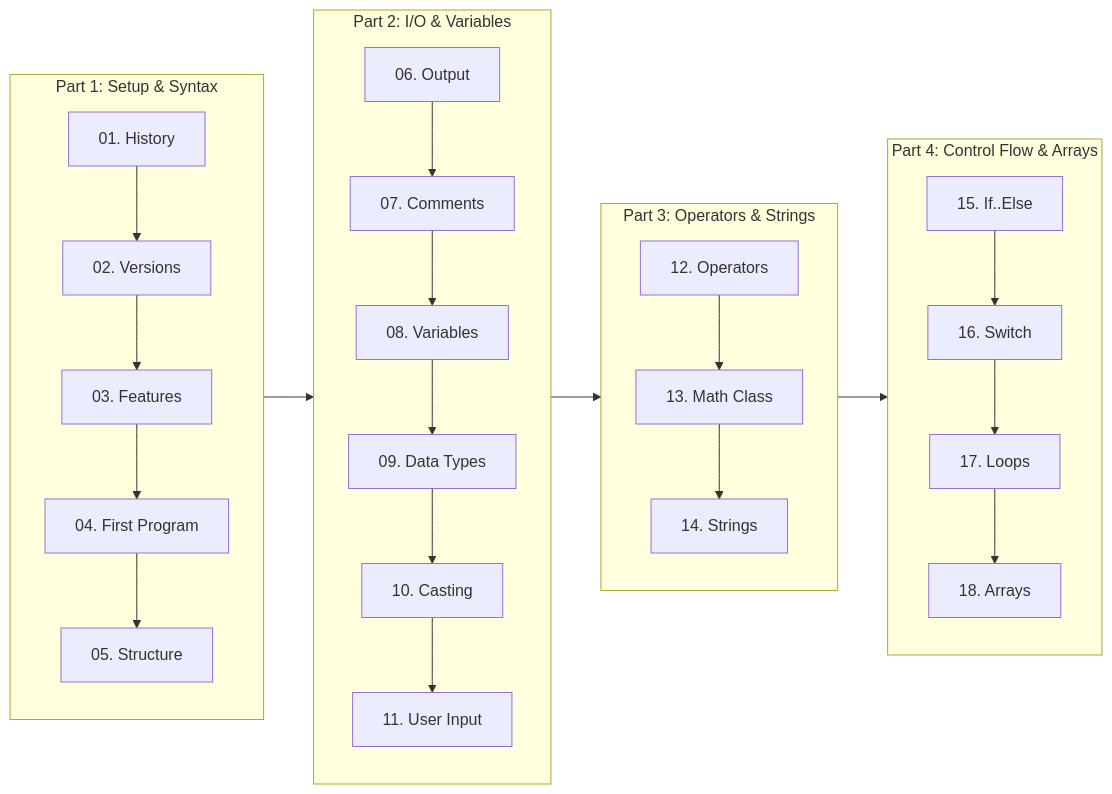
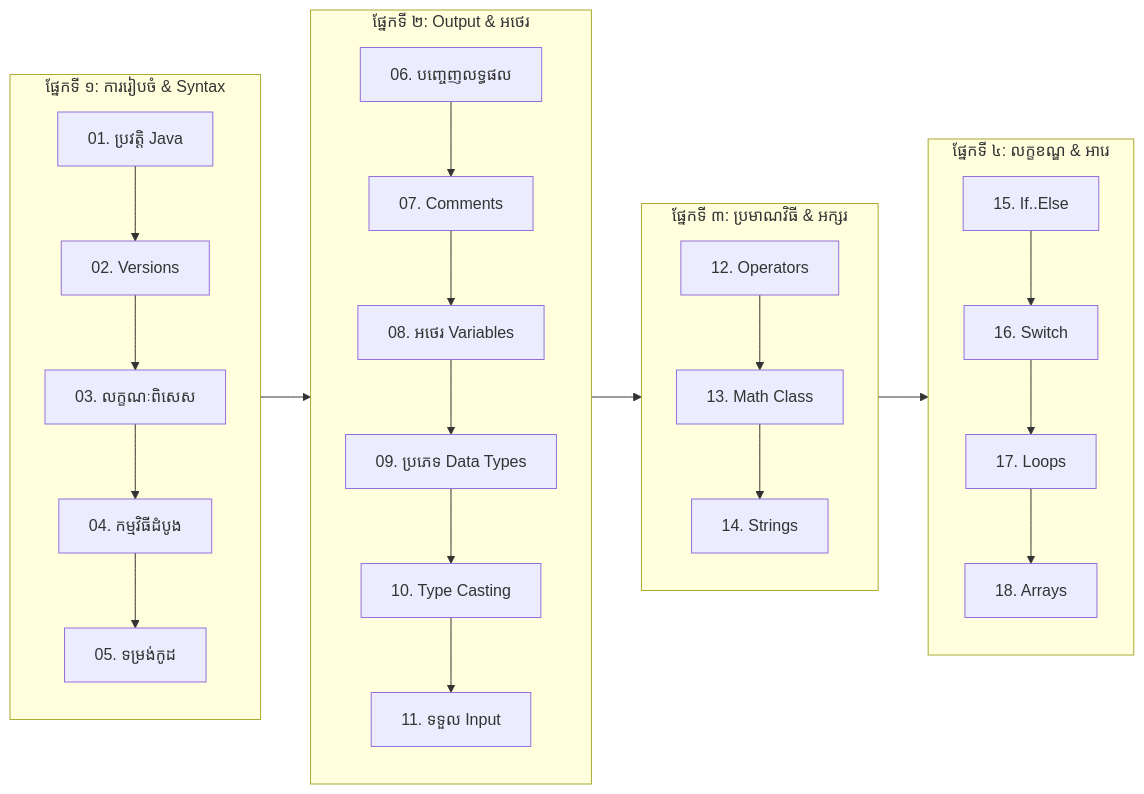
One commit to sakousa856-sketch/java-spring-for-developers-khmer changed the diagram in 01-basic-java/README.md. Above: the diagram before and after it, drawn with Mermaid. The commit also changed other lines of this file and 290 other files, not shown here.

````diff
--- a/01-basic-java/README.md
+++ b/01-basic-java/README.md
@@ -28,22 +26,23 @@
 ```mermaid
 flowchart LR
-    subgraph Part1["Part 1: Setup & Syntax"]
-        L1["01. History"] --> L2["02. Versions"] --> L3["03. Features"]
-        L3 --> L4["04. First Program"] --> L5["05. Structure"]
+    subgraph Part1["ផ្នែកទី ១: ការរៀបចំ & Syntax"]
+        L1["01. ប្រវត្តិ Java"] --> L2["02. Versions"] --> L3["03. លក្ខណៈពិសេស"]
+        L3 --> L4["04. កម្មវិធីដំបូង"] --> L5["05. ទម្រង់កូដ"]
     end
 
-    subgraph Part2["Part 2: I/O & Variables"]
-        L6["06. Output"] --> L7["07. Comments"] --> L8["08. Variables"]
-        L8 --> L9["09. Data Types"] --> L10["10. Casting"] --> L11["11. User Input"]
+    subgraph Part2["ផ្នែកទី ២: Output & អថេរ"]
+        L6["06. បញ្ចេញលទ្ធផល"] --> L7["07. Comments"] --> L8["08. អថេរ Variables"]
+        L8 --> L9["09. ប្រភេទ Data Types"] --> L10["10. Type Casting"] --> L11["11. ទទួល Input"]
     end
 
-    subgraph Part3["Part 3: Operators & Strings"]
+    subgraph Part3["ផ្នែកទី ៣: ប្រមាណវិធី & អក្សរ"]
         L12["12. Operators"] --> L13["13. Math Class"] --> L14["14. Strings"]
     end
 
-    subgraph Part4["Part 4: Control Flow & Arrays"]
+    subgraph Part4["ផ្នែកទី ៤: លក្ខខណ្ឌ & អារេ"]
         L15["15. If..Else"] --> L16["16. Switch"] --> L17["17. Loops"] --> L18["18. Arrays"]
     end
 
     Part1 --> Part2 --> Part3 --> Part4
+
 ```
````
